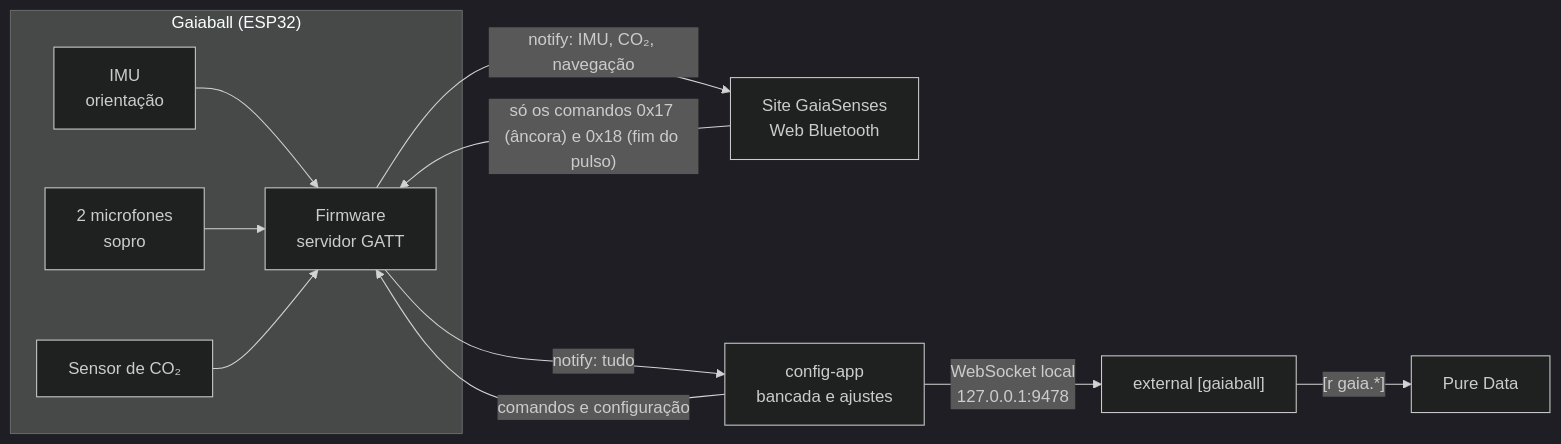
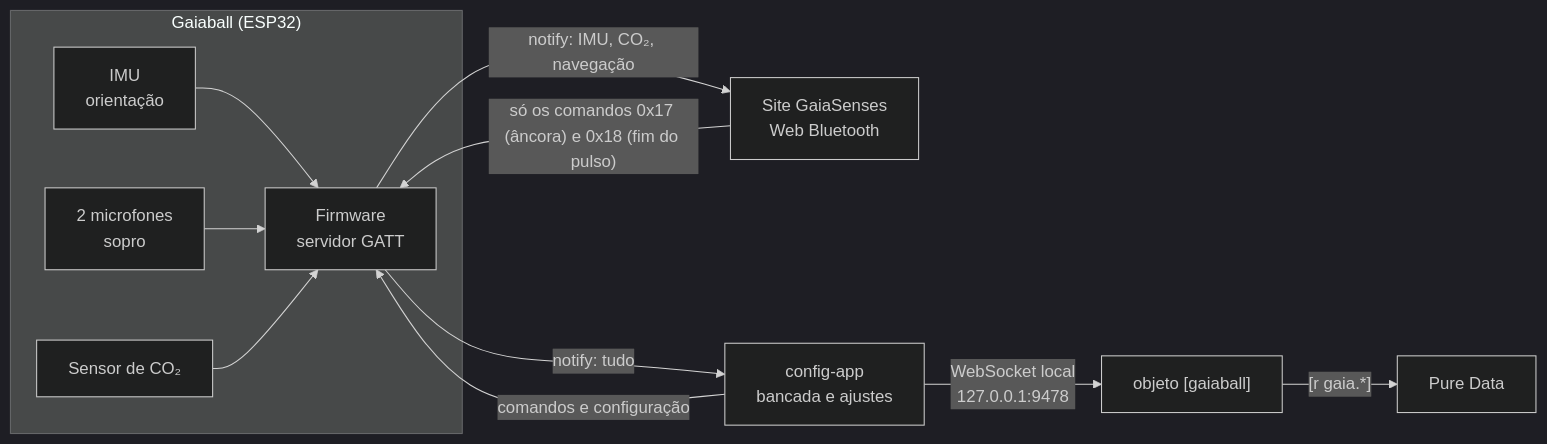
Before and after one commit to GaiaSenses/gaiaball: the first of 3 diagrams in docs/protocolo-ble.md, drawn with Mermaid (dark theme). The commit also changed other lines of this file and 3 other files, not shown here.

````diff
--- a/docs/protocolo-ble.md
+++ b/docs/protocolo-ble.md
@@ -53,18 +53,18 @@
 ```mermaid
 flowchart LR
   subgraph BOLA["Gaiaball (ESP32)"]
     IMU["IMU<br/>orientação"]
     MIC["2 microfones<br/>sopro"]
     CO2["Sensor de CO₂"]
     FW["Firmware<br/>servidor GATT"]
     IMU --> FW
     MIC --> FW
     CO2 --> FW
   end
   FW -- "notify: IMU, CO₂, navegação" --> SITE["Site GaiaSenses<br/>Web Bluetooth"]
   SITE -- "só os comandos 0x17 (âncora) e 0x18 (fim do pulso)" --> FW
   FW -- "notify: tudo" --> APP["config-app<br/>bancada e ajustes"]
   APP -- "comandos e configuração" --> FW
-  APP -- "WebSocket local<br/>127.0.0.1:9478" --> EXT["external [gaiaball]"]
+  APP -- "WebSocket local<br/>127.0.0.1:9478" --> EXT["objeto [gaiaball]"]
   EXT -- "[r gaia.*]" --> PD["Pure Data"]
 ```
````
